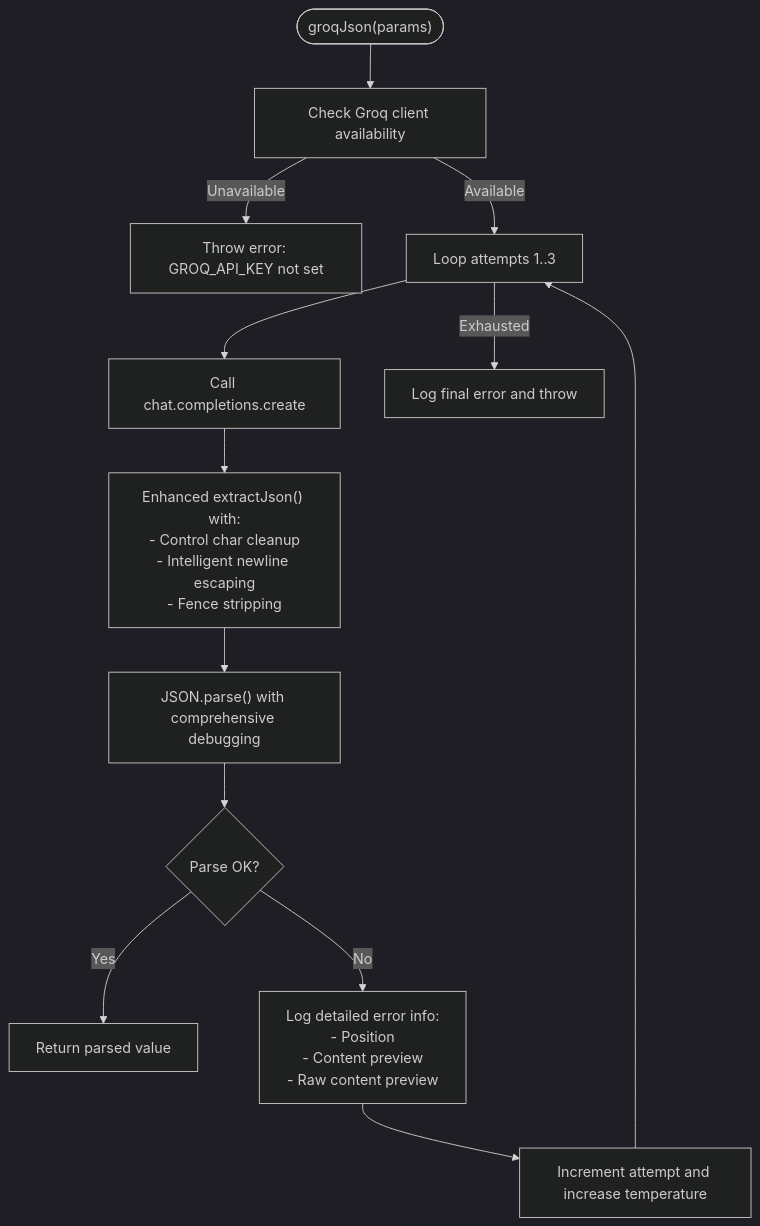
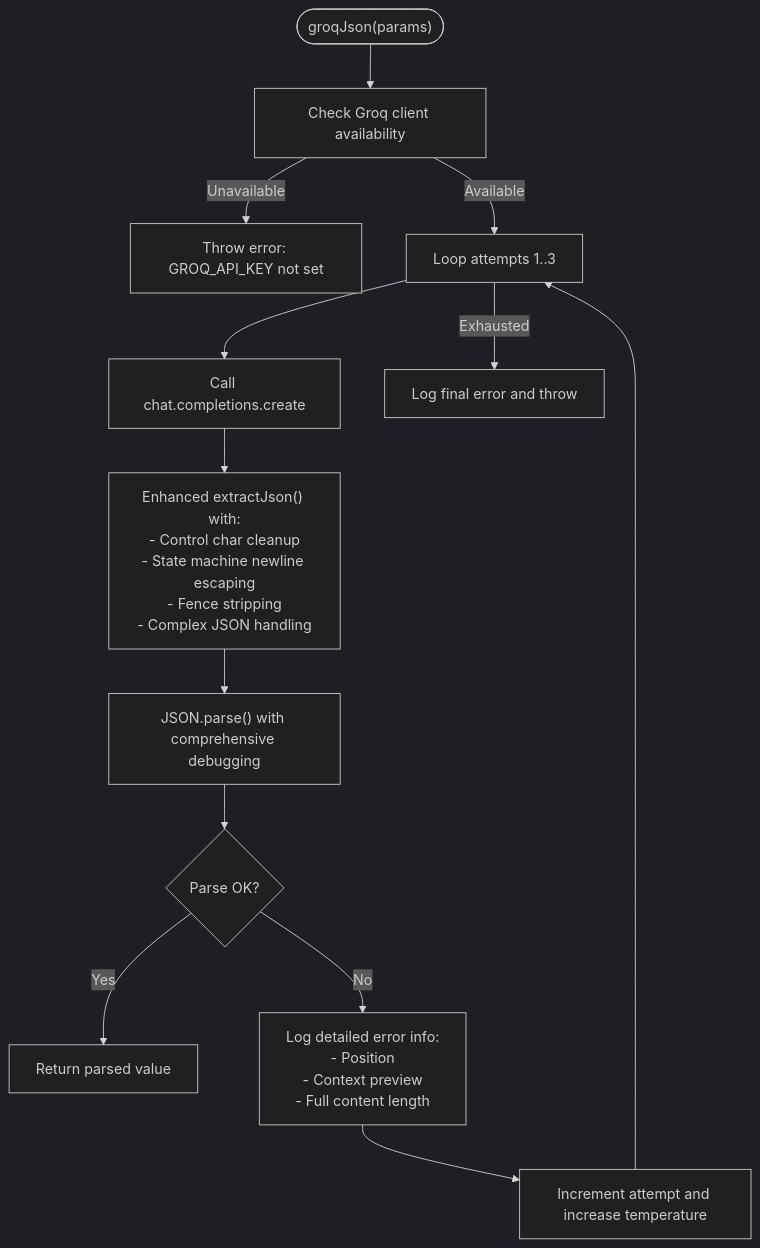
One commit to aravinthraj-ramalingam/Groww-App-Review-Insights-Analyzer- changed the third of 10 diagrams in .qoder/repowiki/en/content/Phase 2_ Advanced Analytics & Automation/LLM Integration with Groq.md. Above: the diagram before and after it, drawn with Mermaid (dark theme). The commit also changed other lines of this file and 5 other files, not shown here.

````diff
--- a/.qoder/repowiki/en/content/Phase 2_ Advanced Analytics & Automation/LLM Integration with Groq.md
+++ b/.qoder/repowiki/en/content/Phase 2_ Advanced Analytics & Automation/LLM Integration with Groq.md
@@ -151,15 +157,15 @@
 ```mermaid
 flowchart TD
 Start(["groqJson(params)"]) --> CheckKey["Check Groq client availability"]
 CheckKey --> |Unavailable| ThrowErr["Throw error: GROQ_API_KEY not set"]
 CheckKey --> |Available| Loop["Loop attempts 1..3"]
 Loop --> TryCall["Call chat.completions.create"]
-TryCall --> ParseResp["Enhanced extractJson() with:<br/>- Control char cleanup<br/>- Intelligent newline escaping<br/>- Fence stripping"]
+TryCall --> ParseResp["Enhanced extractJson() with:<br/>- Control char cleanup<br/>- State machine newline escaping<br/>- Fence stripping<br/>- Complex JSON handling"]
 ParseResp --> Validate["JSON.parse() with comprehensive debugging"]
 Validate --> Success{"Parse OK?"}
 Success --> |Yes| ReturnVal["Return parsed value"]
-Success --> |No| DebugInfo["Log detailed error info:<br/>- Position<br/>- Content preview<br/>- Raw content preview"]
+Success --> |No| DebugInfo["Log detailed error info:<br/>- Position<br/>- Context preview<br>- Full content length"]
 DebugInfo --> NextAttempt["Increment attempt and increase temperature"]
 NextAttempt --> Loop
 Loop --> |Exhausted| FinalErr["Log final error and throw"]
 ```
````
